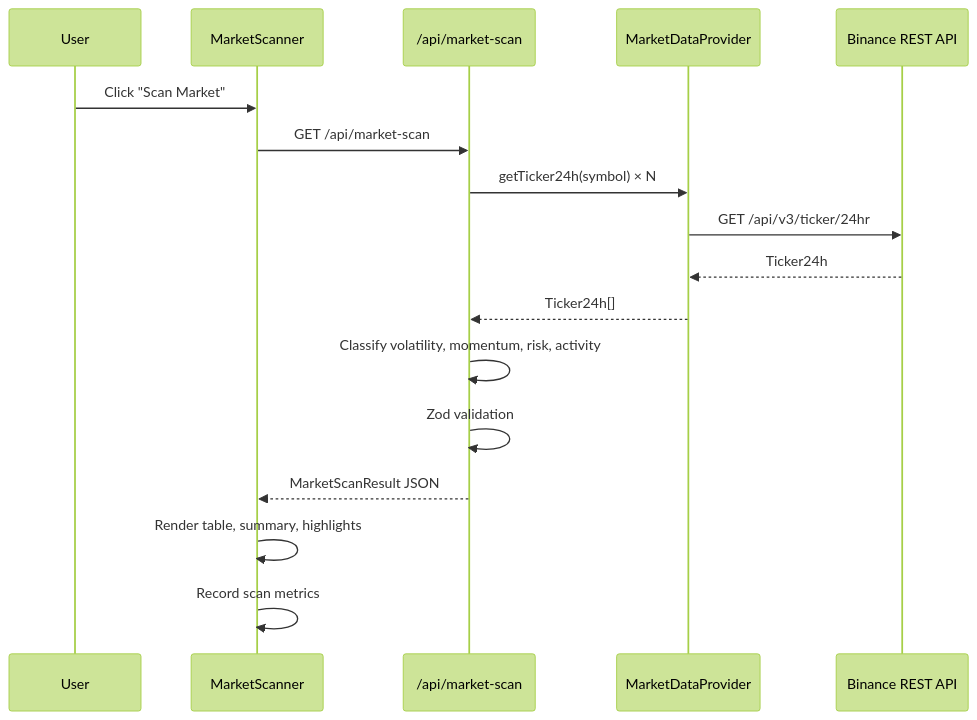
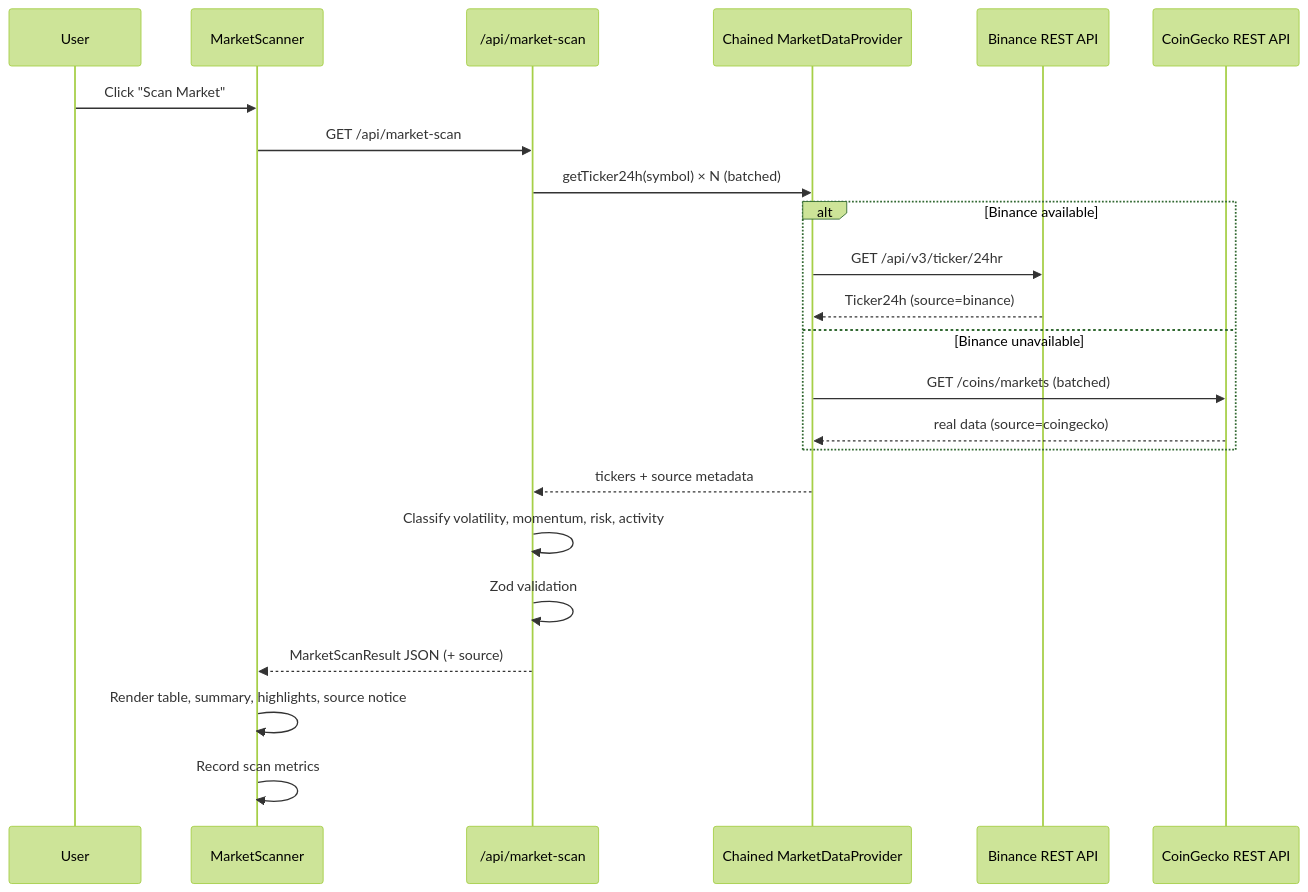
One commit to mahi017fr/binance-sentinel-ai changed the second of 3 diagrams in docs/ARCHITECTURE.md. Above: the diagram before and after it, drawn with Mermaid (forest theme). The commit also changed other lines of this file and 5 other files, not shown here.

````diff
--- a/docs/ARCHITECTURE.md
+++ b/docs/ARCHITECTURE.md
@@ -102,20 +128,26 @@
 ```mermaid
 sequenceDiagram
     participant U as User
     participant FE as MarketScanner
     participant API as /api/market-scan
-    participant MD as MarketDataProvider
+    participant MD as Chained MarketDataProvider
     participant BN as Binance REST API
+    participant CG as CoinGecko REST API
 
     U->>FE: Click "Scan Market"
     FE->>API: GET /api/market-scan
-    API->>MD: getTicker24h(symbol) × N
-    MD->>BN: GET /api/v3/ticker/24hr
-    BN-->>MD: Ticker24h
-    MD-->>API: Ticker24h[]
+    API->>MD: getTicker24h(symbol) × N (batched)
+    alt Binance available
+        MD->>BN: GET /api/v3/ticker/24hr
+        BN-->>MD: Ticker24h (source=binance)
+    else Binance unavailable
+        MD->>CG: GET /coins/markets (batched)
+        CG-->>MD: real data (source=coingecko)
+    end
+    MD-->>API: tickers + source metadata
     API->>API: Classify volatility, momentum, risk, activity
     API->>API: Zod validation
-    API-->>FE: MarketScanResult JSON
-    FE->>FE: Render table, summary, highlights
+    API-->>FE: MarketScanResult JSON (+ source)
+    FE->>FE: Render table, summary, highlights, source notice
     FE->>FE: Record scan metrics
 ```
````
